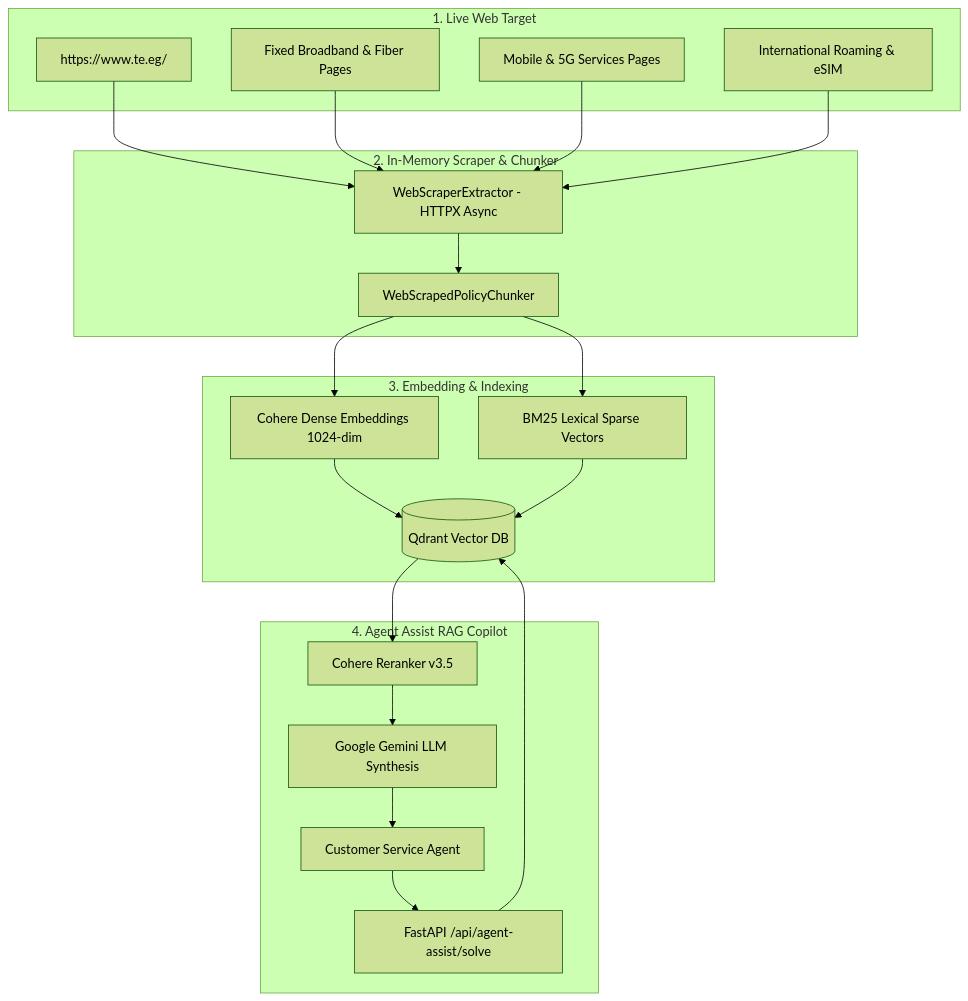
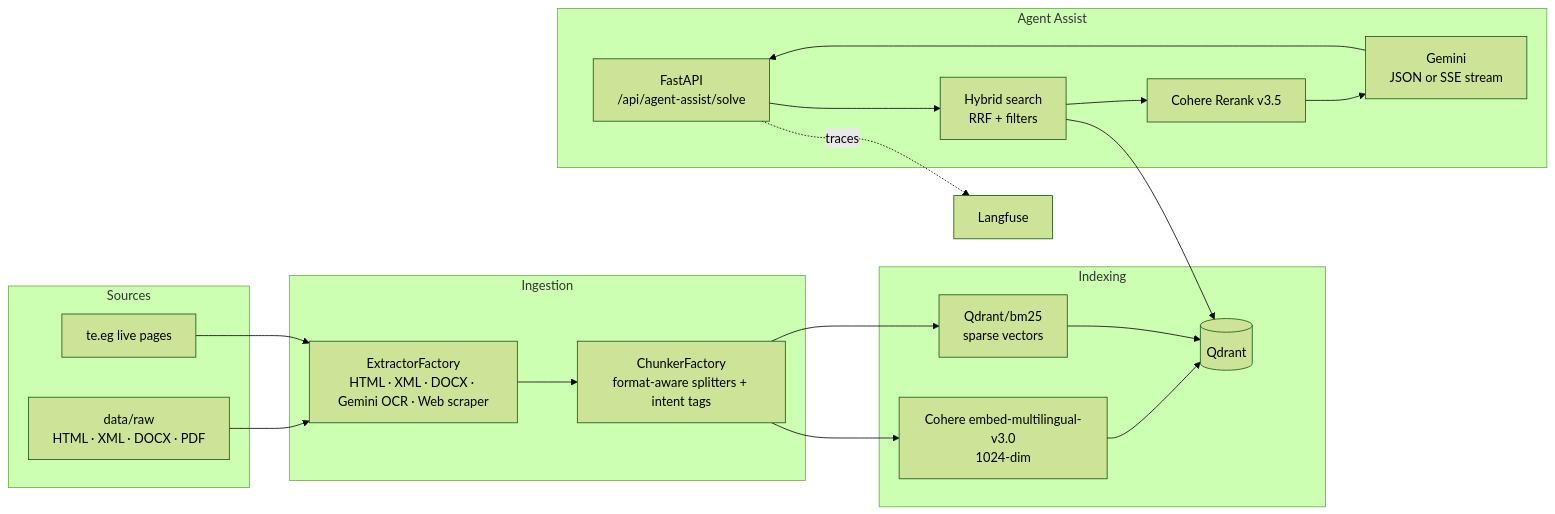
One commit to Ziadashraf301/TeleCopilot-AI changed the diagram in README.md. Above: the diagram before and after it, drawn with Mermaid (forest theme). The commit also changed other lines of this file and 11 other files, not shown here.

````diff
--- a/README.md
+++ b/README.md
@@ -9,30 +32,29 @@
 ```mermaid
-graph TD
-    subgraph 1. Live Web Target
-        WEB1[https://www.te.eg/]
-        WEB2[Fixed Broadband & Fiber Pages]
-        WEB3[Mobile & 5G Services Pages]
-        WEB4[International Roaming & eSIM]
+graph LR
+    subgraph Sources
+        RAW[data/raw<br/>HTML · XML · DOCX · PDF]
+        WEB[te.eg live pages]
     end
-
-    subgraph 2. In-Memory Scraper & Chunker
-        EXT[WebScraperExtractor - HTTPX Async]
-        EXT --> CH[WebScrapedPolicyChunker]
+    subgraph Ingestion
+        EF[ExtractorFactory<br/>HTML · XML · DOCX · Gemini OCR · Web scraper]
+        CF[ChunkerFactory<br/>format-aware splitters + intent tags]
     end
-
-    subgraph 3. Embedding & Indexing
-        CH --> DENSE[Cohere Dense Embeddings 1024-dim]
-        CH --> SPARSE[BM25 Lexical Sparse Vectors]
-        DENSE & SPARSE --> QD[(Qdrant Vector DB)]
+    subgraph Indexing
+        DENSE[Cohere embed-multilingual-v3.0<br/>1024-dim]
+        SPARSE[Qdrant/bm25<br/>sparse vectors]
+        QD[(Qdrant)]
     end
-
-    subgraph 4. Agent Assist RAG Copilot
-        CSR[Customer Service Agent] --> API[FastAPI /api/agent-assist/solve]
-        API --> QD
-        QD --> RERANK[Cohere Reranker v3.5]
-        RERANK --> GEMINI[Google Gemini LLM Synthesis]
-        GEMINI --> CSR
+    subgraph Agent Assist
+        API[FastAPI<br/>/api/agent-assist/solve]
+        HS[Hybrid search<br/>RRF + filters]
+        RR[Cohere Rerank v3.5]
+        LLM[Gemini<br/>JSON or SSE stream]
     end
-
-    WEB1 & WEB2 & WEB3 & WEB4 --> EXT
+    RAW --> EF
+    WEB --> EF
+    EF --> CF --> DENSE --> QD
+    CF --> SPARSE --> QD
+    API --> HS --> QD
+    HS --> RR --> LLM --> API
+    API -. traces .-> LF[Langfuse]
 ```
````
